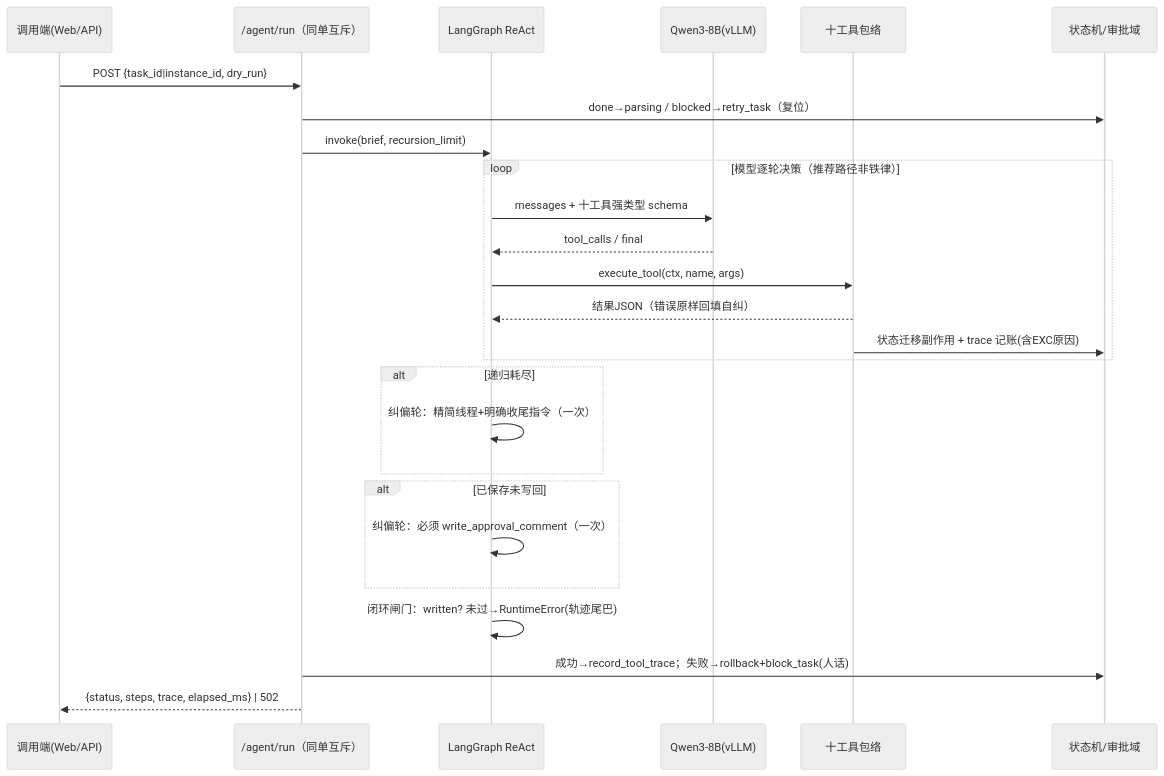
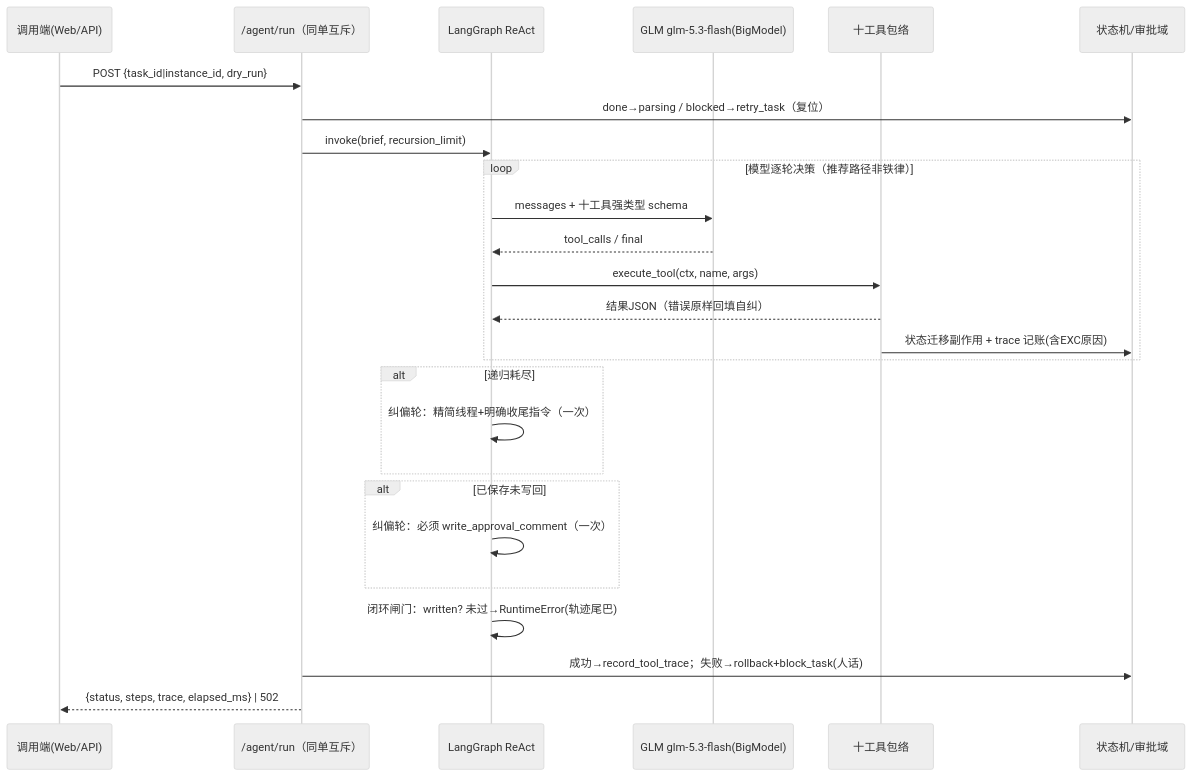
One commit to nobodycare-no/contract-review-agent changed the diagram in docs/sdd/SDD.md. Above: the diagram before and after it, drawn with Mermaid (neutral theme). The commit also changed other lines of this file and 8 other files, not shown here.

````diff
--- a/docs/sdd/SDD.md
+++ b/docs/sdd/SDD.md
@@ -43,29 +43,29 @@
 ```mermaid
 sequenceDiagram
     participant C as 调用端(Web/API)
     participant A as /agent/run（同单互斥）
     participant L as LangGraph ReAct
-    participant Q as Qwen3-8B(vLLM)
+    participant Q as GLM glm-5.3-flash(BigModel)
     participant T as 十工具包络
     participant S as 状态机/审批域
 
     C->>A: POST {task_id|instance_id, dry_run}
     A->>S: done→parsing / blocked→retry_task（复位）
     A->>L: invoke(brief, recursion_limit)
     loop 模型逐轮决策（推荐路径非铁律）
         L->>Q: messages + 十工具强类型 schema
         Q-->>L: tool_calls / final
         L->>T: execute_tool(ctx, name, args)
         T-->>L: 结果JSON（错误原样回填自纠）
         T->>S: 状态迁移副作用 + trace 记账(含EXC原因)
     end
     alt 递归耗尽
         L->>L: 纠偏轮：精简线程+明确收尾指令（一次）
     end
     alt 已保存未写回
         L->>L: 纠偏轮：必须 write_approval_comment（一次）
     end
     L->>L: 闭环闸门：written? 未过→RuntimeError(轨迹尾巴)
     A->>S: 成功→record_tool_trace；失败→rollback+block_task(人话)
     A-->>C: {status, steps, trace, elapsed_ms} | 502
 ```
````
